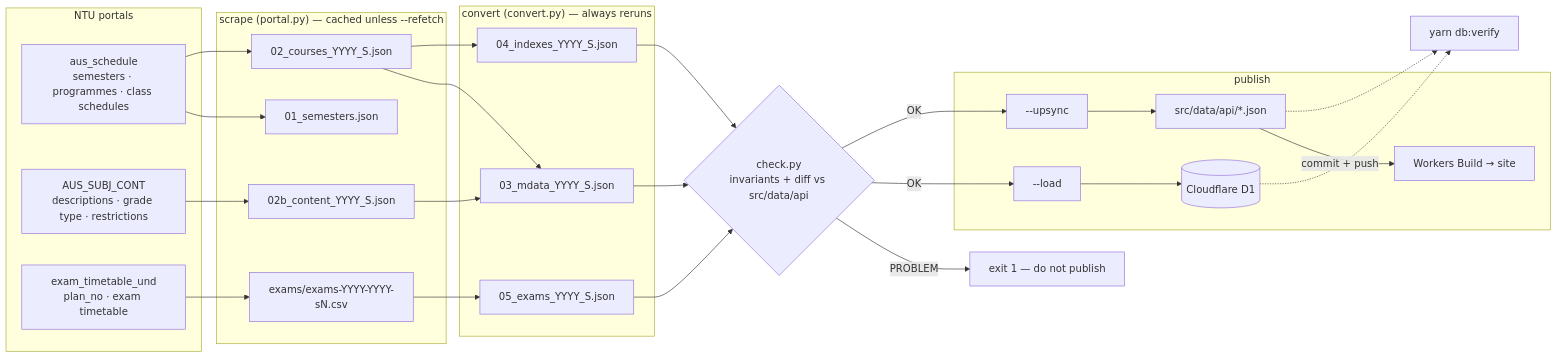
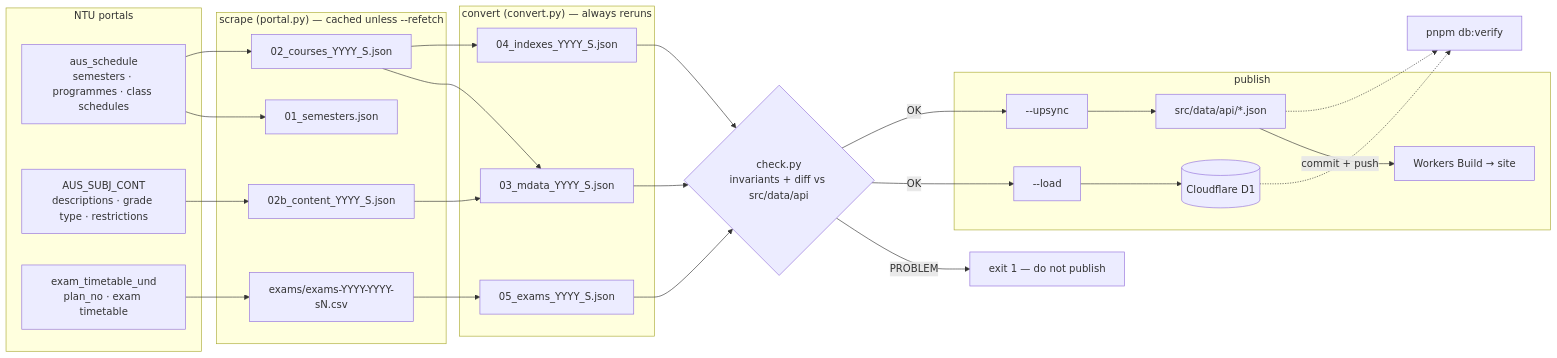
Before and after one commit to Dallas-Ng/ntu-mods: the diagram in scraper/README.md, drawn with Mermaid. The commit also changed other lines of this file and 23 other files, not shown here.

````diff
--- a/scraper/README.md
+++ b/scraper/README.md
@@ -14,35 +14,35 @@
 ```mermaid
 flowchart LR
     subgraph NTU portals
         S[aus_schedule<br/>semesters · programmes · class schedules]
         C[AUS_SUBJ_CONT<br/>descriptions · grade type · restrictions]
         E[exam_timetable_und<br/>plan_no · exam timetable]
     end
 
     subgraph "scrape (portal.py) — cached unless --refetch"
         S --> F01[01_semesters.json]
         S --> F02[02_courses_YYYY_S.json]
         C --> F02b[02b_content_YYYY_S.json]
         E --> CSV[exams/exams-YYYY-YYYY-sN.csv]
     end
 
     subgraph "convert (convert.py) — always reruns"
         F02 --> M[03_mdata_YYYY_S.json]
         F02b --> M
         F02 --> I[04_indexes_YYYY_S.json]
         CSV --> X[05_exams_YYYY_S.json]
     end
 
     M & I & X --> CHK{check.py<br/>invariants + diff vs src/data/api}
     CHK -- PROBLEM --> STOP[exit 1 — do not publish]
     CHK -- OK --> LOAD[--load] & UP[--upsync]
 
     subgraph publish
         LOAD --> D1[(Cloudflare D1)]
         UP --> API[src/data/api/*.json]
         API -- commit + push --> BUILD[Workers Build → site]
     end
 
-    D1 -.-> V[yarn db:verify]
+    D1 -.-> V[pnpm db:verify]
     API -.-> V
 ```
````
